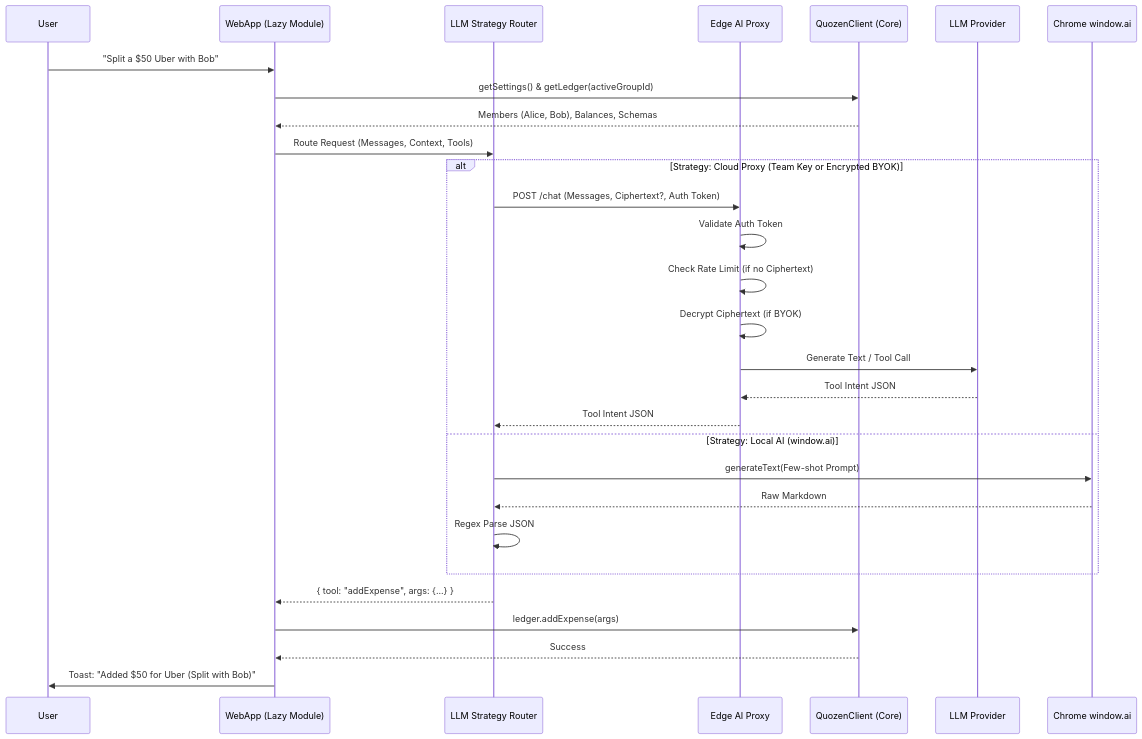
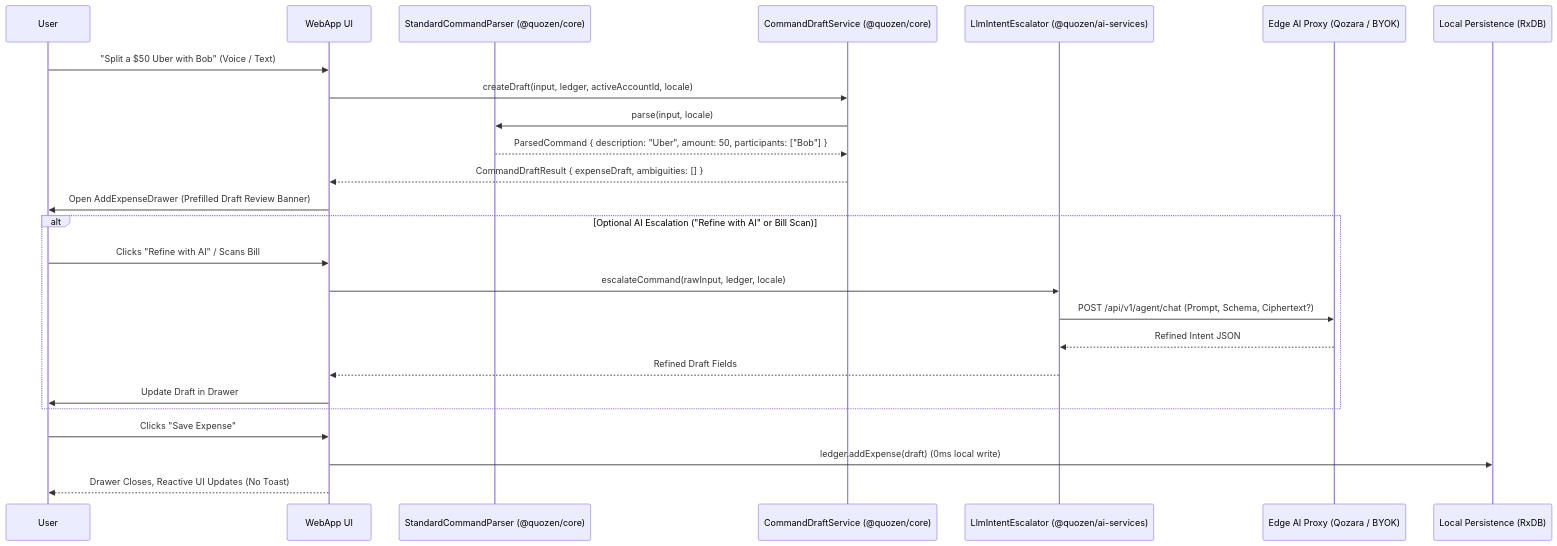
Before and after one commit to qozara/Quozen: the diagram in docs/architecture/agentic-ui-workflow.md, drawn with Mermaid. The commit also changed other lines of this file and 53 other files, not shown here.

First line of the commit message:
Feature/deterministic command parser closes #66

````diff
--- a/docs/architecture/agentic-ui-workflow.md
+++ b/docs/architecture/agentic-ui-workflow.md
@@ -7,36 +13,35 @@
 ```mermaid
 sequenceDiagram
     participant User
-    participant App as WebApp (Lazy Module)
-    participant Router as LLM Strategy Router
-    participant Proxy as Edge AI Proxy
-    participant Core as QuozenClient (Core)
+    participant App as WebApp UI
+    participant Parser as StandardCommandParser (@quozen/core)
+    participant Draft as CommandDraftService (@quozen/core)
+    participant Escalator as LlmIntentEscalator (@quozen/ai-services)
+    participant Proxy as Edge AI Proxy (Qozara / BYOK)
+    participant RxDB as Local Persistence (RxDB)
 
-    User->>App: "Split a $50 Uber with Bob"
+    User->>App: "Split a $50 Uber with Bob" (Voice / Text)
     
-    %% RAG Context Gathering
-    App->>Core: getSettings() & getLedger(activeGroupId)
-    Core-->>App: Members (Alice, Bob), Balances, Schemas
+    %% Deterministic Parse Phase (< 1ms, Offline)
+    App->>Draft: createDraft(input, ledger, activeAccountId, locale)
+    Draft->>Parser: parse(input, locale)
+    Parser-->>Draft: ParsedCommand { description: "Uber", amount: 50, participants: ["Bob"] }
+    Draft-->>App: CommandDraftResult { expenseDraft, ambiguities: [] }
     
-    App->>Router: Route Request (Messages, Context, Tools)
+    %% Draft Review Phase (Human-in-the-Loop)
+    App->>User: Open AddExpenseDrawer (Prefilled Draft Review Banner)
     
-    alt Strategy: Cloud Proxy (Team Key or Encrypted BYOK)
-        Router->>Proxy: POST /chat (Messages, Ciphertext?, Auth Token)
-        Proxy->>Proxy: Validate Auth Token
-        Proxy->>Proxy: Check Rate Limit (if no Ciphertext)
-        Proxy->>Proxy: Decrypt Ciphertext (if BYOK)
-        Proxy->>LLM Provider: Generate Text / Tool Call
-        LLM Provider-->>Proxy: Tool Intent JSON
-        Proxy-->>Router: Tool Intent JSON
-    else Strategy: Local AI (window.ai)
-        Router->>Chrome window.ai: generateText(Few-shot Prompt)
-        Chrome window.ai-->>Router: Raw Markdown
-        Router->>Router: Regex Parse JSON
+    alt Optional AI Escalation ("Refine with AI" or Bill Scan)
+        User->>App: Clicks "Refine with AI" / Scans Bill
+        App->>Escalator: escalateCommand(rawInput, ledger, locale)
+        Escalator->>Proxy: POST /api/v1/agent/chat (Prompt, Schema, Ciphertext?)
+        Proxy-->>Escalator: Refined Intent JSON
+        Escalator-->>App: Refined Draft Fields
+        App->>User: Update Draft in Drawer
     end
-    
-    %% Execution Phase
-    Router-->>App: { tool: "addExpense", args: {...} }
-    App->>Core: ledger.addExpense(args)
-    Core-->>App: Success
-    App->>User: Toast: "Added $50 for Uber (Split with Bob)"
+
+    %% Explicit Human Confirmation
+    User->>App: Clicks "Save Expense"
+    App->>RxDB: ledger.addExpense(draft) (0ms local write)
+    App-->>User: Drawer Closes, Reactive UI Updates (No Toast)
 ```
````
